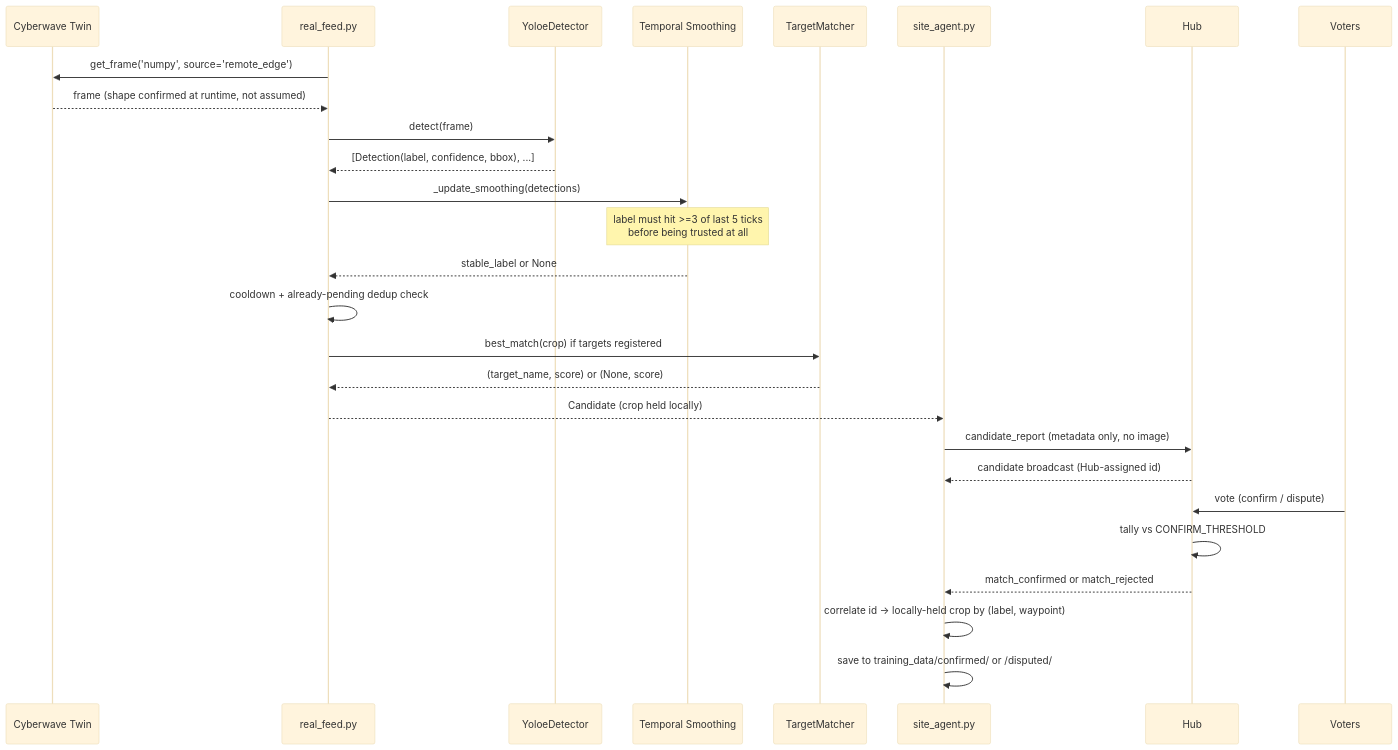
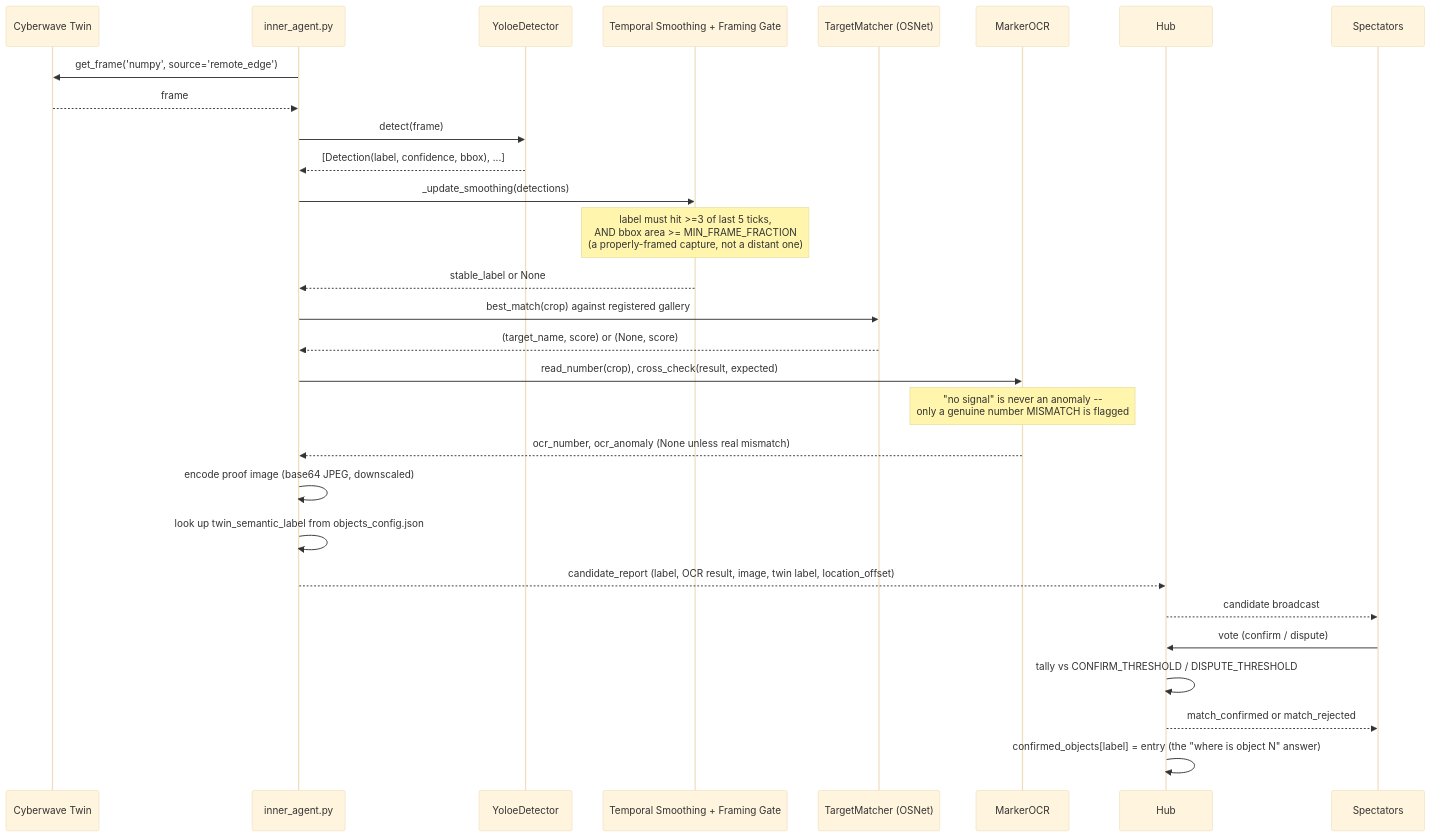
One commit to ashish-doing/Quarry changed the second of 4 diagrams in ARCHITECTURE.md. Above: the diagram before and after it, drawn with Mermaid (base theme). The commit also changed other lines of this file and 2 other files, not shown here.

````diff
--- a/ARCHITECTURE.md
+++ b/ARCHITECTURE.md
@@ -68,30 +92,32 @@
 ```mermaid
 sequenceDiagram
     participant Twin as Cyberwave Twin
-    participant RF as real_feed.py
+    participant IA as inner_agent.py
     participant Det as YoloeDetector
-    participant Smooth as Temporal Smoothing
-    participant Match as TargetMatcher
-    participant SA as site_agent.py
+    participant Smooth as Temporal Smoothing + Framing Gate
+    participant Match as TargetMatcher (OSNet)
+    participant OCR as MarkerOCR
     participant Hub
-    participant Voters
+    participant Spectators
 
-    RF->>Twin: get_frame('numpy', source='remote_edge')
-    Twin-->>RF: frame (shape confirmed at runtime, not assumed)
-    RF->>Det: detect(frame)
-    Det-->>RF: [Detection(label, confidence, bbox), ...]
-    RF->>Smooth: _update_smoothing(detections)
-    Note over Smooth: label must hit >=3 of last 5 ticks<br/>before being trusted at all
-    Smooth-->>RF: stable_label or None
-    RF->>RF: cooldown + already-pending dedup check
-    RF->>Match: best_match(crop) if targets registered
-    Match-->>RF: (target_name, score) or (None, score)
-    RF-->>SA: Candidate (crop held locally)
-    SA->>Hub: candidate_report (metadata only, no image)
-    Hub-->>SA: candidate broadcast (Hub-assigned id)
-    Voters->>Hub: vote (confirm / dispute)
-    Hub->>Hub: tally vs CONFIRM_THRESHOLD
-    Hub-->>SA: match_confirmed or match_rejected
-    SA->>SA: correlate id -> locally-held crop by (label, waypoint)
-    SA->>SA: save to training_data/confirmed/ or /disputed/
+    IA->>Twin: get_frame('numpy', source='remote_edge')
+    Twin-->>IA: frame
+    IA->>Det: detect(frame)
+    Det-->>IA: [Detection(label, confidence, bbox), ...]
+    IA->>Smooth: _update_smoothing(detections)
+    Note over Smooth: label must hit >=3 of last 5 ticks,<br/>AND bbox area >= MIN_FRAME_FRACTION<br/>(a properly-framed capture, not a distant one)
+    Smooth-->>IA: stable_label or None
+    IA->>Match: best_match(crop) against registered gallery
+    Match-->>IA: (target_name, score) or (None, score)
+    IA->>OCR: read_number(crop), cross_check(result, expected)
+    Note over OCR: "no signal" is never an anomaly --<br/>only a genuine number MISMATCH is flagged
+    OCR-->>IA: ocr_number, ocr_anomaly (None unless real mismatch)
+    IA->>IA: encode proof image (base64 JPEG, downscaled)
+    IA->>IA: look up twin_semantic_label from objects_config.json
+    IA-->>Hub: candidate_report (label, OCR result, image, twin label, location_offset)
+    Hub-->>Spectators: candidate broadcast
+    Spectators->>Hub: vote (confirm / dispute)
+    Hub->>Hub: tally vs CONFIRM_THRESHOLD / DISPUTE_THRESHOLD
+    Hub-->>Spectators: match_confirmed or match_rejected
+    Hub->>Hub: confirmed_objects[label] = entry (the "where is object N" answer)
 ```
````
